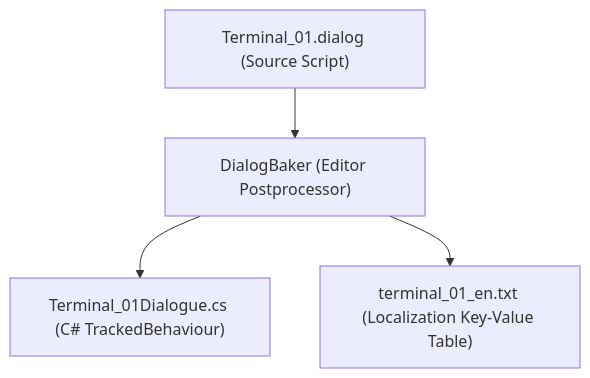
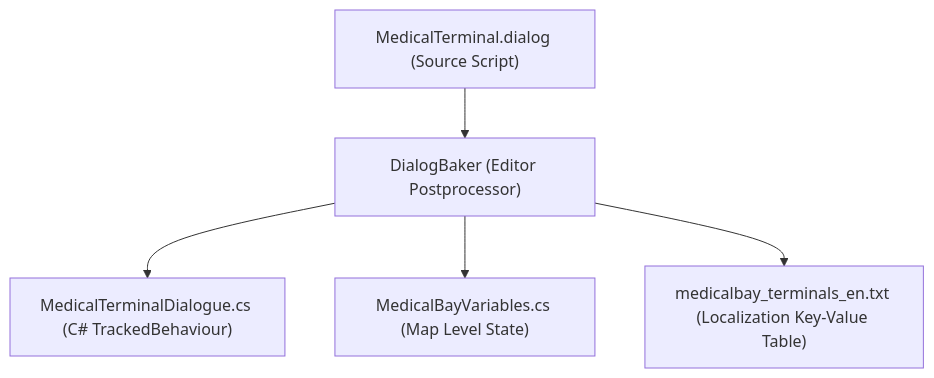
One commit to ThiagoDAraujoS/Hollow-Signal changed the diagram in Assets/ProjectManagement/Dialogue Script Syntax & Specification.md. Above: the diagram before and after it, drawn with Mermaid. The commit also changed other lines of this file and 18 other files, not shown here.

````diff
--- a/Assets/ProjectManagement/Dialogue Script Syntax & Specification.md
+++ b/Assets/ProjectManagement/Dialogue Script Syntax & Specification.md
@@ -13,9 +13,10 @@
 ```mermaid
 graph TD
-    Source["Terminal_01.dialog (Source Script)"]
+    Source["MedicalTerminal.dialog (Source Script)"]
     Compiler["DialogBaker (Editor Postprocessor)"]
     
     Source --> Compiler
-    Compiler --> CSharp["Terminal_01Dialogue.cs (C# TrackedBehaviour)"]
-    Compiler --> LocTXT["terminal_01_en.txt (Localization Key-Value Table)"]
+    Compiler --> CSharp["MedicalTerminalDialogue.cs (C# TrackedBehaviour)"]
+    Compiler --> MapSync["MedicalBayVariables.cs (Map Level State)"]
+    Compiler --> LocTXT["medicalbay_terminals_en.txt (Localization Key-Value Table)"]
 ```
````
